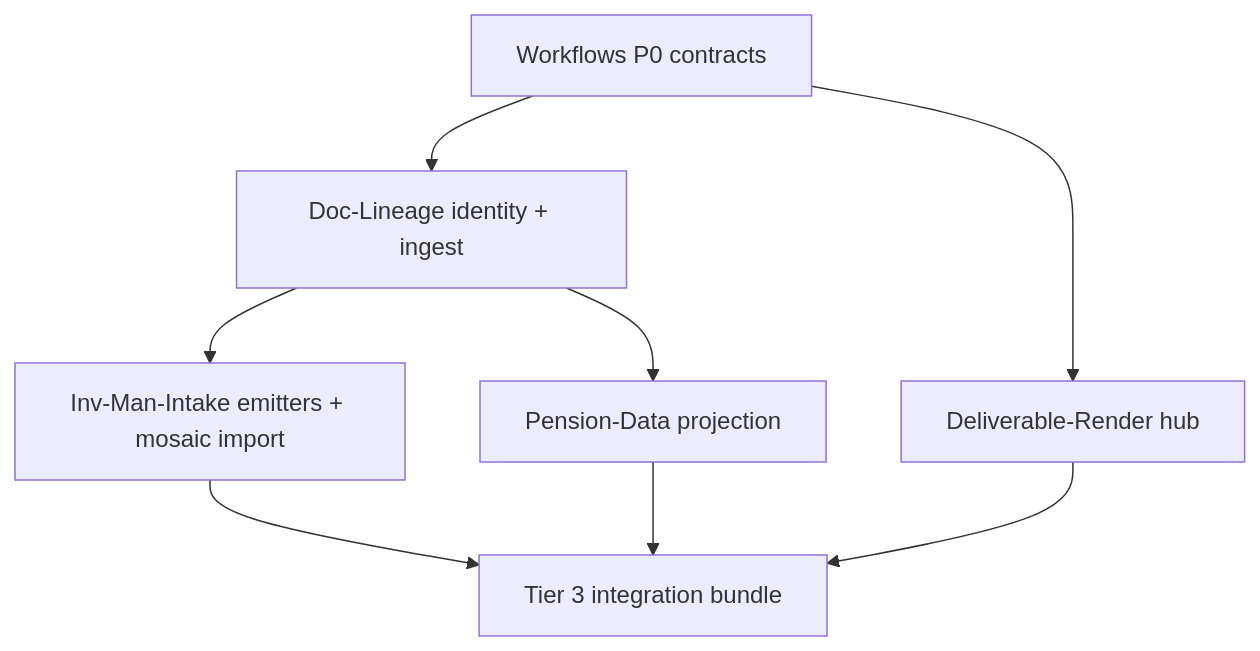
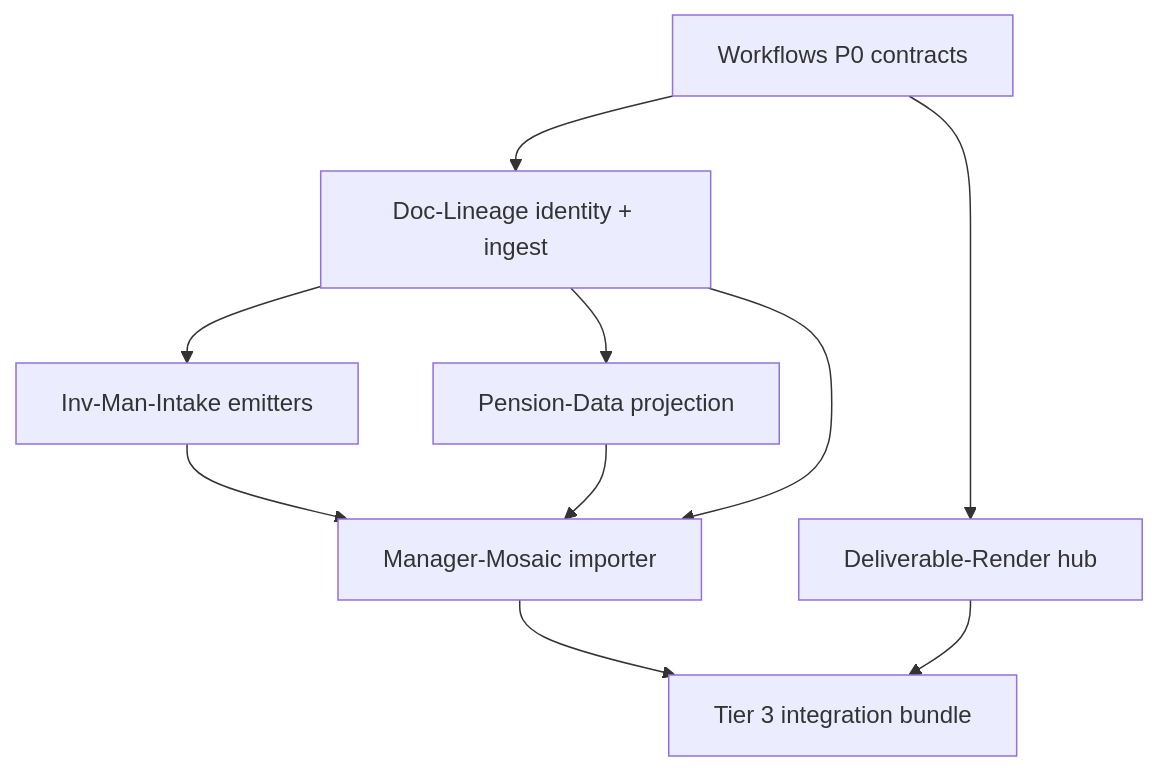
The diagram in research-program/artifacts/research/B7-PROGRAM-PLAN-v3.md (stranske/Ready), drawn with Mermaid before and after one commit. The commit also changed other lines of this file and 3 other files, not shown here.

````diff
--- a/research-program/artifacts/research/B7-PROGRAM-PLAN-v3.md
+++ b/research-program/artifacts/research/B7-PROGRAM-PLAN-v3.md
@@ -92,10 +94,12 @@
 ```mermaid
 flowchart TD
   WF[Workflows P0 contracts] --> DL[Doc-Lineage identity + ingest]
   WF --> DR[Deliverable-Render hub]
-  DL --> IMI[Inv-Man-Intake emitters + mosaic import]
+  DL --> IMI[Inv-Man-Intake emitters]
   DL --> PD[Pension-Data projection]
-  IMI --> GATE3[Tier 3 integration bundle]
-  PD --> GATE3
+  IMI --> MM[Manager-Mosaic importer]
+  PD --> MM
+  DL --> MM
+  MM --> GATE3[Tier 3 integration bundle]
   DR --> GATE3
 ```
````
